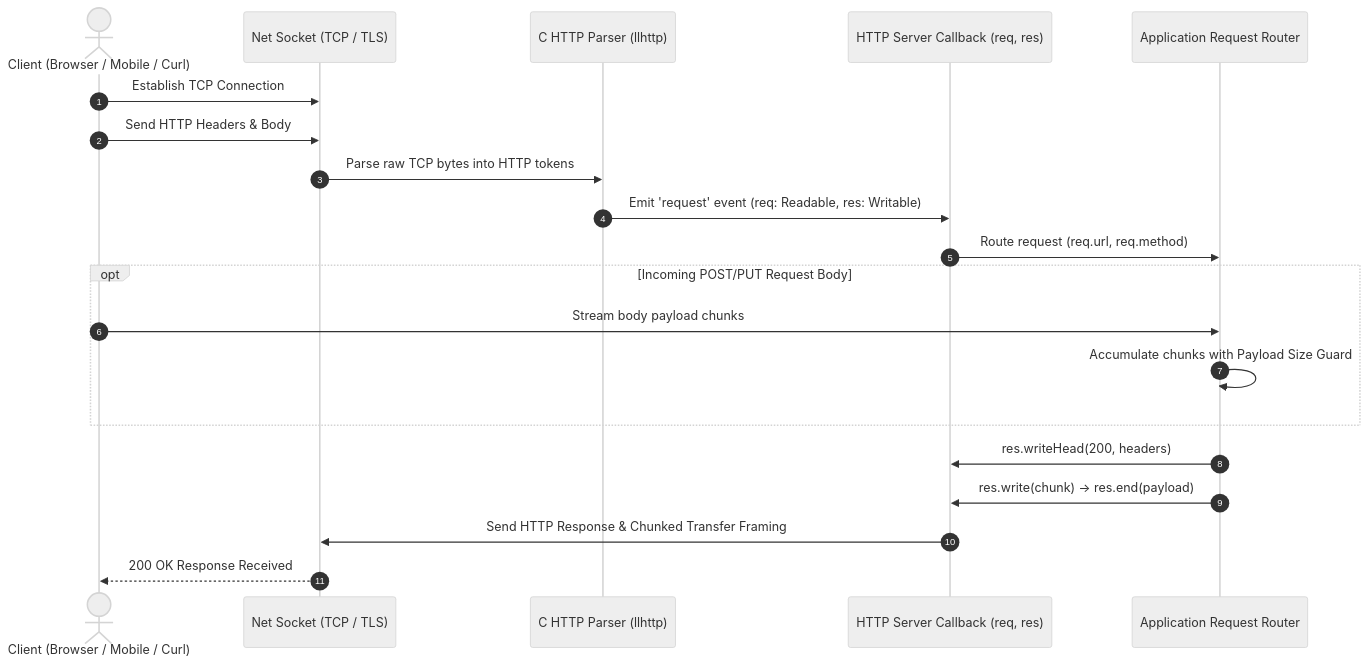
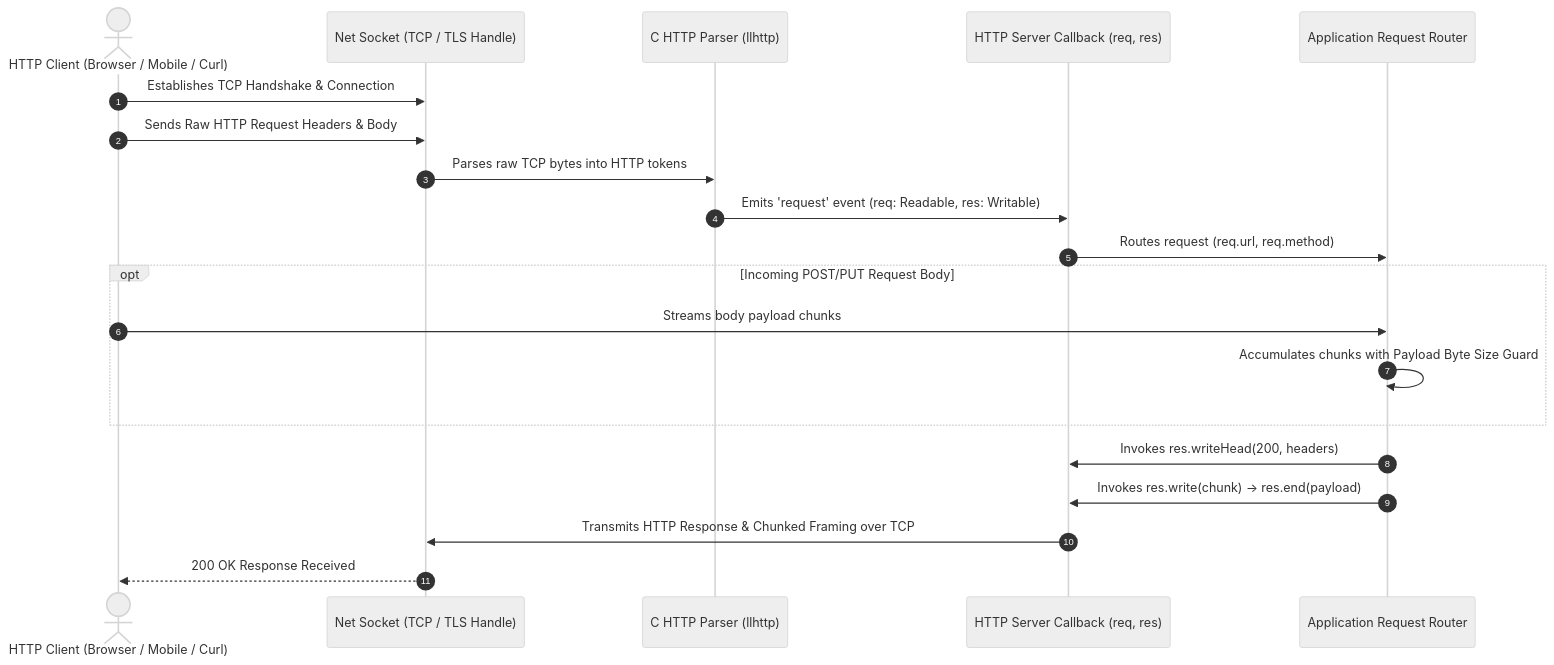
The first of 3 diagrams in nodejs-notes/12-http-server.md (Amie-dev/engineering-playbook), drawn with Mermaid (neutral theme) before and after one commit. The commit also changed other lines of this file and 31 other files, not shown here.

````diff
--- a/nodejs-notes/12-http-server.md
+++ b/nodejs-notes/12-http-server.md
@@ -13,26 +15,26 @@
 ```mermaid
 sequenceDiagram
     autonumber
-    actor Client as Client (Browser / Mobile / Curl)
-    participant Socket as Net Socket (TCP / TLS)
+    actor Client as HTTP Client (Browser / Mobile / Curl)
+    participant Socket as Net Socket (TCP / TLS Handle)
     participant Parser as C HTTP Parser (llhttp)
     participant Server as HTTP Server Callback (req, res)
     participant App as Application Request Router
 
-    Client->>Socket: Establish TCP Connection
-    Client->>Socket: Send HTTP Headers & Body
-    Socket->>Parser: Parse raw TCP bytes into HTTP tokens
-    Parser->>Server: Emit 'request' event (req: Readable, res: Writable)
+    Client->>Socket: Establishes TCP Handshake & Connection
+    Client->>Socket: Sends Raw HTTP Request Headers & Body
+    Socket->>Parser: Parses raw TCP bytes into HTTP tokens
+    Parser->>Server: Emits 'request' event (req: Readable, res: Writable)
     
-    Server->>App: Route request (req.url, req.method)
+    Server->>App: Routes request (req.url, req.method)
     
     opt Incoming POST/PUT Request Body
-        Client->>App: Stream body payload chunks
-        App->>App: Accumulate chunks with Payload Size Guard
+        Client->>App: Streams body payload chunks
+        App->>App: Accumulates chunks with Payload Byte Size Guard
     end
 
-    App->>Server: res.writeHead(200, headers)
-    App->>Server: res.write(chunk) -> res.end(payload)
-    Server->>Socket: Send HTTP Response & Chunked Transfer Framing
+    App->>Server: Invokes res.writeHead(200, headers)
+    App->>Server: Invokes res.write(chunk) -> res.end(payload)
+    Server->>Socket: Transmits HTTP Response & Chunked Framing over TCP
     Socket-->>Client: 200 OK Response Received
 ```
````
